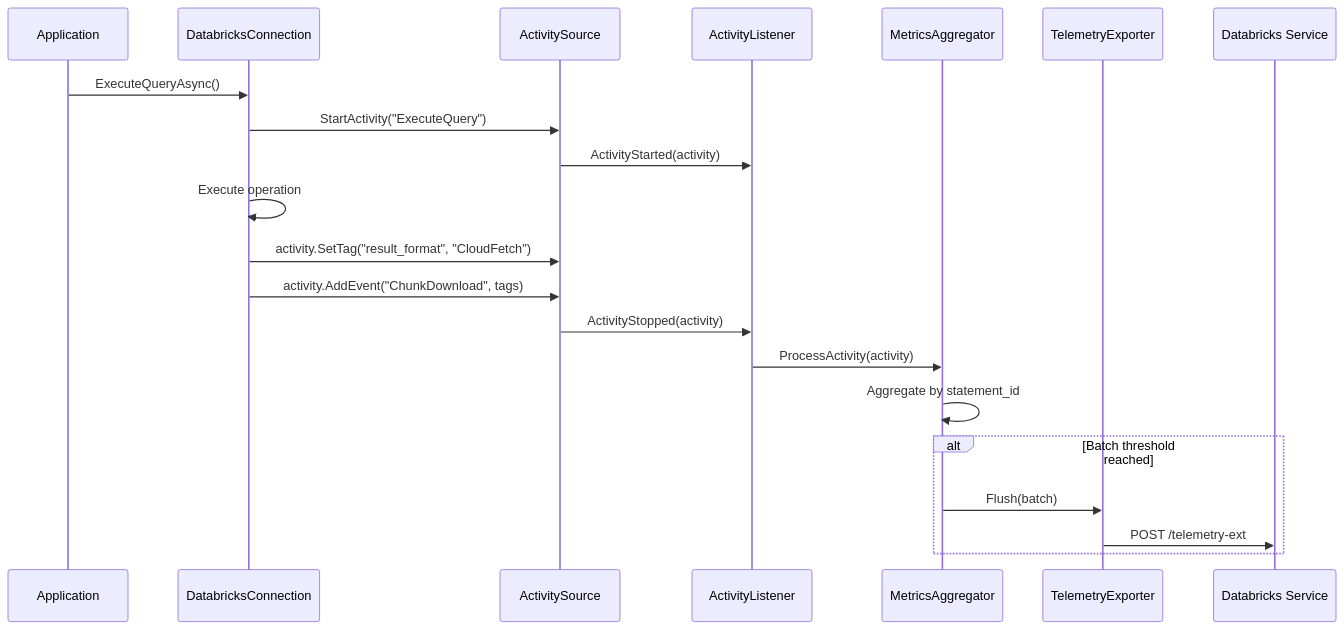
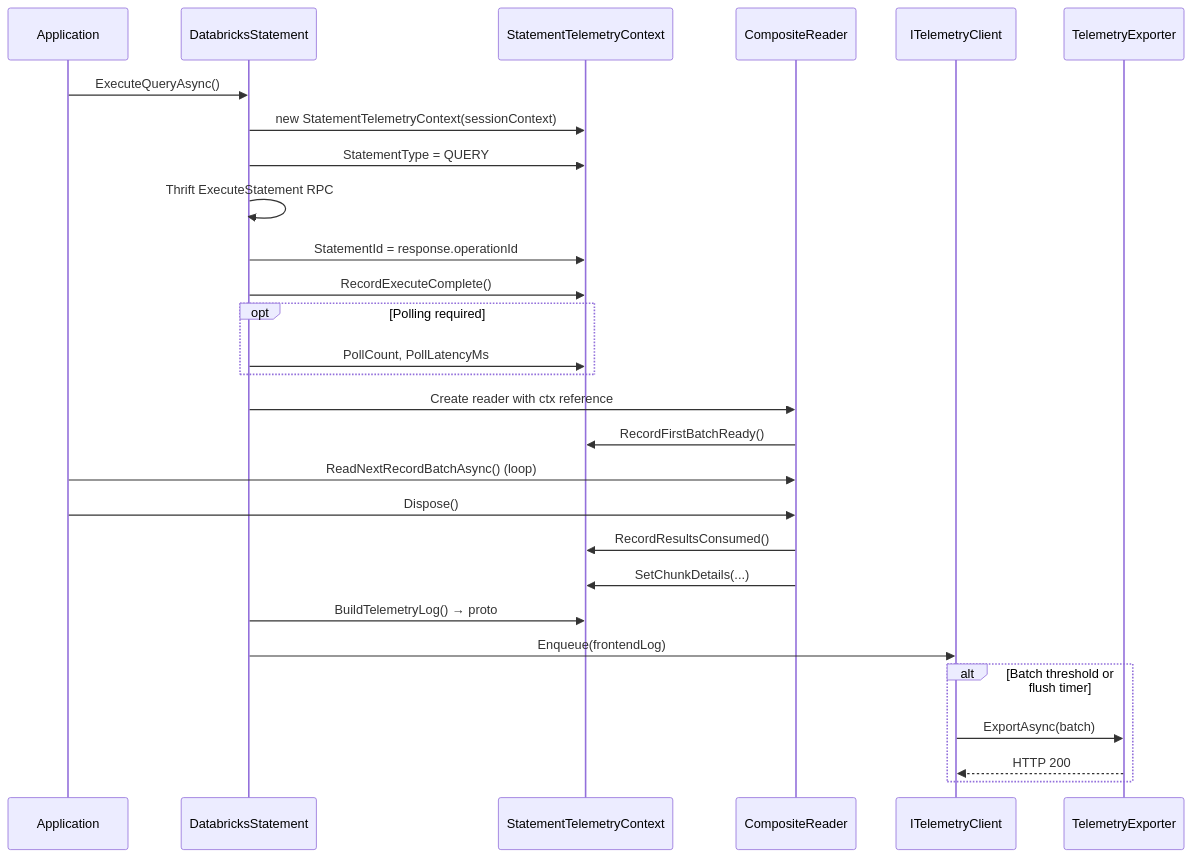
Before and after one commit to adbc-drivers/databricks: the second of 18 diagrams in csharp/doc/telemetry-design.md, drawn with Mermaid. The commit also changed other lines of this file and 3 other files, not shown here.

````diff
--- a/csharp/doc/telemetry-design.md
+++ b/csharp/doc/telemetry-design.md
@@ -145,27 +151,34 @@
 ```mermaid
 sequenceDiagram
     participant App as Application
-    participant Driver as DatabricksConnection
-    participant AS as ActivitySource
-    participant AL as ActivityListener
-    participant MA as MetricsAggregator
+    participant Stmt as DatabricksStatement
+    participant Ctx as StatementTelemetryContext
+    participant Reader as CompositeReader
+    participant TC as ITelemetryClient
     participant Ex as TelemetryExporter
-    participant Service as Databricks Service
 
-    App->>Driver: ExecuteQueryAsync()
-    Driver->>AS: StartActivity("ExecuteQuery")
-    AS->>AL: ActivityStarted(activity)
+    App->>Stmt: ExecuteQueryAsync()
+    Stmt->>Ctx: new StatementTelemetryContext(sessionContext)
+    Stmt->>Ctx: StatementType = QUERY
+    Stmt->>Stmt: Thrift ExecuteStatement RPC
+    Stmt->>Ctx: StatementId = response.operationId
+    Stmt->>Ctx: RecordExecuteComplete()
 
-    Driver->>Driver: Execute operation
-    Driver->>AS: activity.SetTag("result_format", "CloudFetch")
-    Driver->>AS: activity.AddEvent("ChunkDownload", tags)
+    opt Polling required
+        Stmt->>Ctx: PollCount, PollLatencyMs
+    end
 
-    AS->>AL: ActivityStopped(activity)
-    AL->>MA: ProcessActivity(activity)
-    MA->>MA: Aggregate by statement_id
+    Stmt->>Reader: Create reader with ctx reference
+    Reader->>Ctx: RecordFirstBatchReady()
+    App->>Reader: ReadNextRecordBatchAsync() (loop)
+    App->>Reader: Dispose()
+    Reader->>Ctx: RecordResultsConsumed()
+    Reader->>Ctx: SetChunkDetails(...)
+    Stmt->>Ctx: BuildTelemetryLog() → proto
+    Stmt->>TC: Enqueue(frontendLog)
 
-    alt Batch threshold reached
-        MA->>Ex: Flush(batch)
-        Ex->>Service: POST /telemetry-ext
+    alt Batch threshold or flush timer
+        TC->>Ex: ExportAsync(batch)
+        Ex-->>TC: HTTP 200
     end
 ```
````
